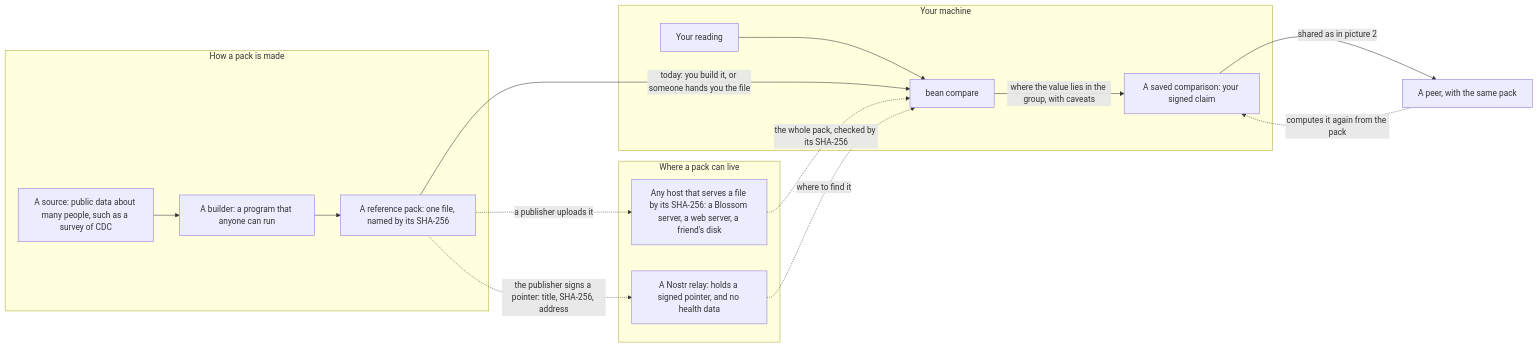
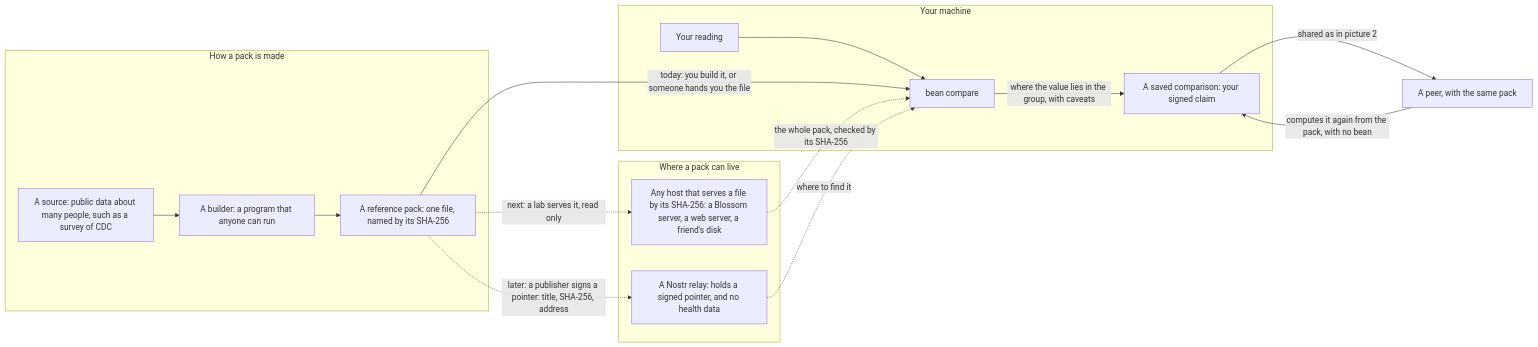
One commit to Conscious-Repository/bean changed the third of 3 diagrams in docs/ARCHITECTURE.md. Above: the diagram before and after it, drawn with Mermaid. The commit also changed other lines of this file and 7 other files, not shown here.

````diff
--- a/docs/ARCHITECTURE.md
+++ b/docs/ARCHITECTURE.md
@@ -86,29 +86,29 @@
 ```mermaid
 flowchart LR
     subgraph made["How a pack is made"]
         source["A source: public data about many people, such as a survey of CDC"]
         builder["A builder: a program that anyone can run"]
         pack["A reference pack: one file, named by its SHA-256"]
     end
     subgraph public["Where a pack can live"]
         host["Any host that serves a file by its SHA-256: a Blossom server, a web server, a friend's disk"]
         relay["A Nostr relay: holds a signed pointer, and no health data"]
     end
     subgraph machine["Your machine"]
         reading["Your reading"]
         compare["bean compare"]
         claim["A saved comparison: your signed claim"]
     end
     peer["A peer, with the same pack"]
     source --> builder
     builder --> pack
     pack -->|"today: you build it, or someone hands you the file"| compare
-    pack -.->|"a publisher uploads it"| host
-    pack -.->|"the publisher signs a pointer: title, SHA-256, address"| relay
+    pack -.->|"next: a lab serves it, read only"| host
+    pack -.->|"later: a publisher signs a pointer: title, SHA-256, address"| relay
     relay -.->|"where to find it"| compare
     host -.->|"the whole pack, checked by its SHA-256"| compare
     reading --> compare
     compare -->|"where the value lies in the group, with caveats"| claim
     claim -->|"shared as in picture 2"| peer
-    peer -.->|"computes it again from the pack"| claim
+    peer -->|"computes it again from the pack, with no bean"| claim
 ```
````
